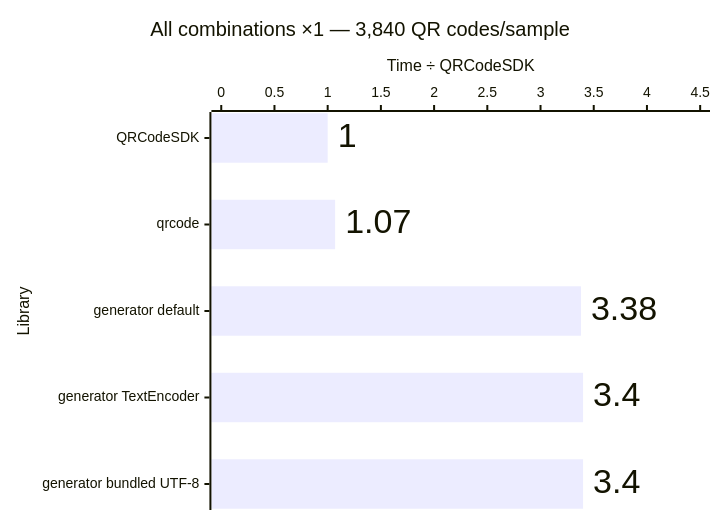
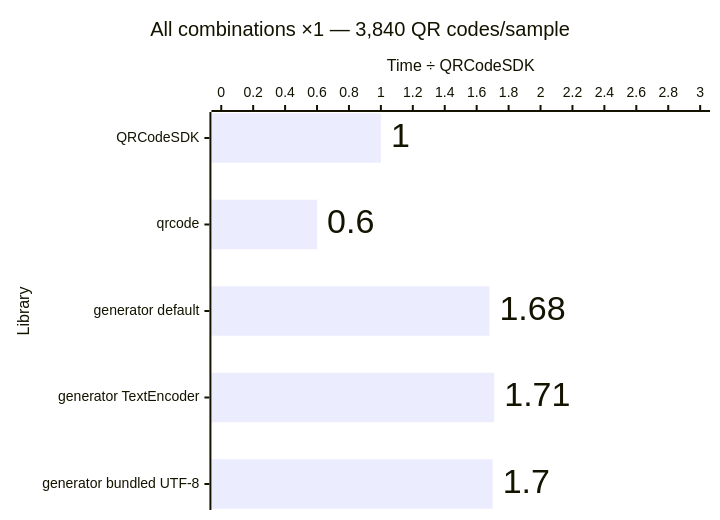
One commit to Dafnik/qrcodesdk changed diagram 12 of 12 in apps/docs/src/content/docs/guides/performance.md. Above: the diagram before and after it, drawn with Mermaid. The commit also changed other lines of this file, not shown here.

````diff
--- a/apps/docs/src/content/docs/guides/performance.md
+++ b/apps/docs/src/content/docs/guides/performance.md
@@ -241,15 +241,15 @@
 ```mermaid
 ---
 config:
   xyChart:
     showDataLabel: true
     showDataLabelOutsideBar: true
 ---
 xychart horizontal
   accTitle: SVG generation: All combinations ×1 — 3,840 QR codes/sample
-  accDescr: Relative median time compared with QRCodeSDK. QRCodeSDK 1.00 times, qrcode 1.07 times, generator default 3.38 times, generator TextEncoder 3.40 times, generator bundled UTF-8 3.40 times. Lower is better.
+  accDescr: Relative median time compared with QRCodeSDK. QRCodeSDK 1.00 times, qrcode 0.60 times, generator default 1.68 times, generator TextEncoder 1.71 times, generator bundled UTF-8 1.70 times. Lower is better.
   title "All combinations ×1 — 3,840 QR codes/sample"
   x-axis "Library" ["QRCodeSDK", "qrcode", "generator default", "generator TextEncoder", "generator bundled UTF-8"]
-  y-axis "Time ÷ QRCodeSDK" 0 --> 4.5
-  bar [1.00, 1.07, 3.38, 3.40, 3.40]
+  y-axis "Time ÷ QRCodeSDK" 0 --> 3.0
+  bar [1.00, 0.60, 1.68, 1.71, 1.70]
 ```
````
